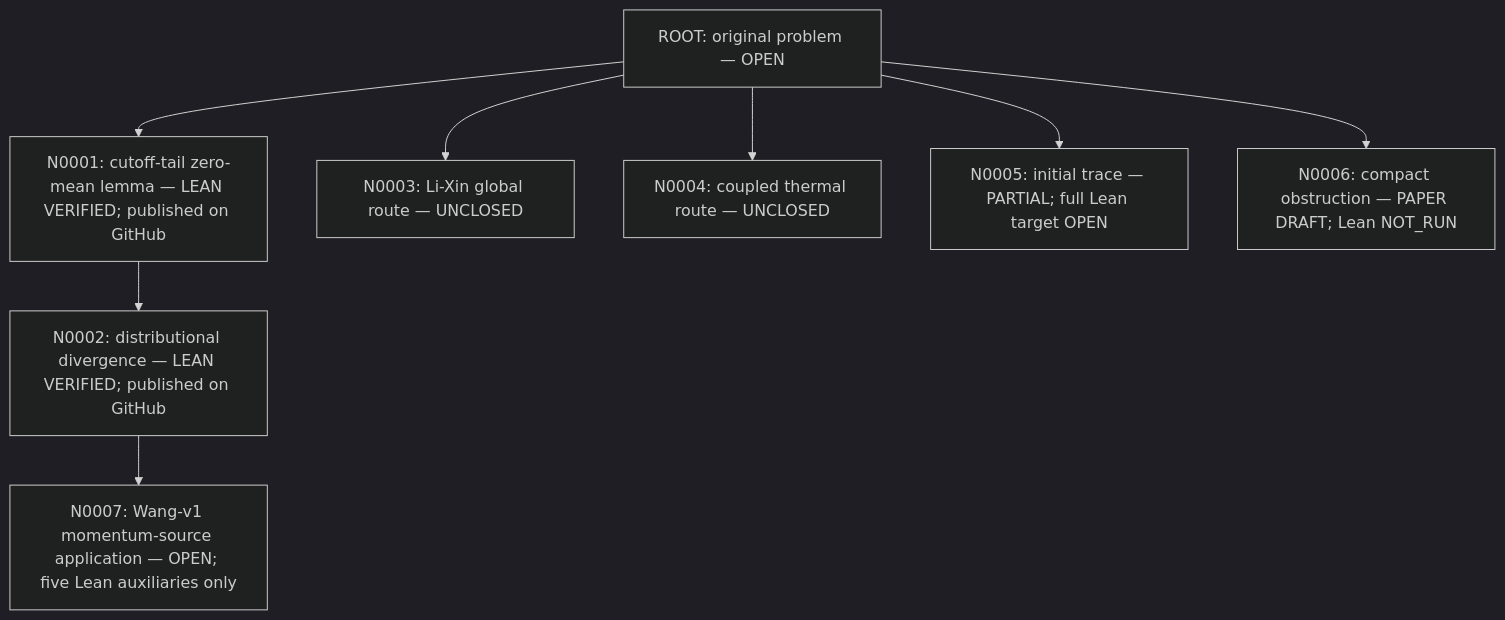
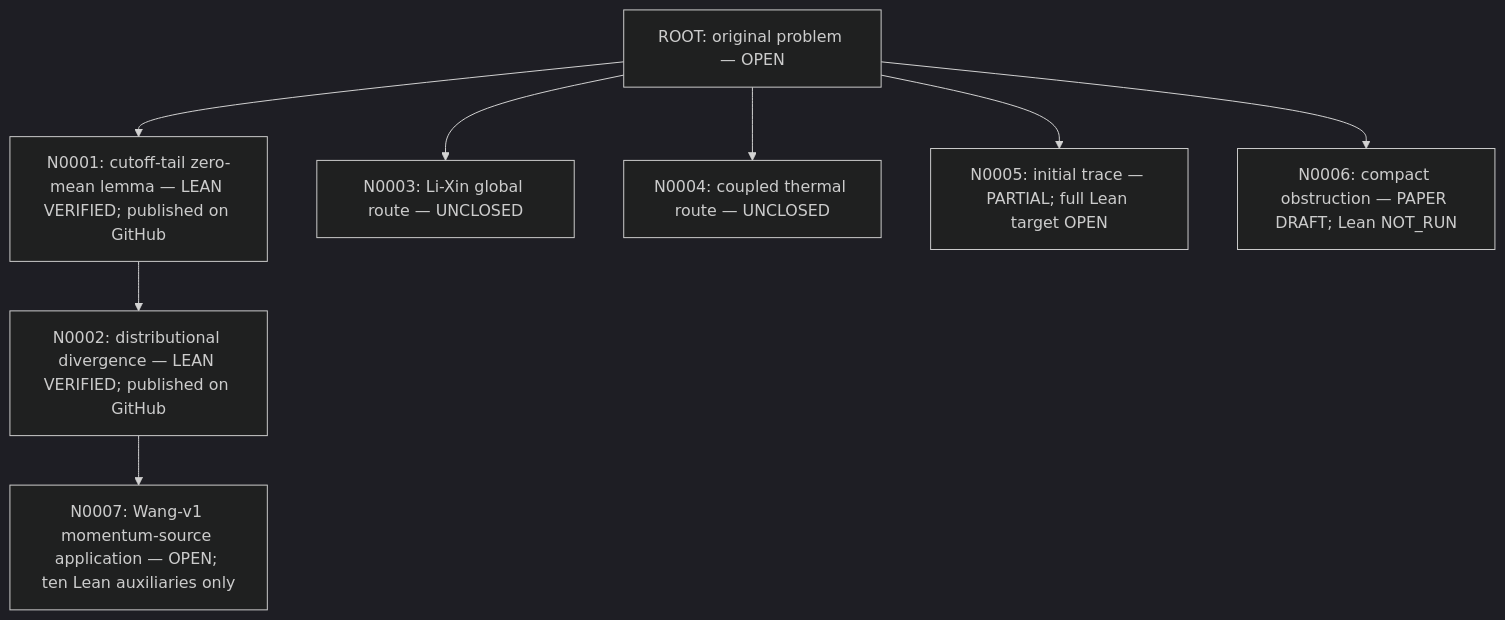
Before and after one commit to SongXin2357/xiong-fns-general-vacuum: the diagram in README.md, drawn with Mermaid (dark theme). The commit also changed 56 other files, not shown here.

Commit message:
Add N0007 Lean time-slice and stress bridges; retain open gate

````diff
--- a/README.md
+++ b/README.md
@@ -9,10 +9,10 @@
 ```mermaid
 flowchart TD
  ROOT["ROOT: original problem — OPEN"] --> N0001["N0001: cutoff-tail zero-mean lemma — LEAN VERIFIED; published on GitHub"]
  N0001 --> N0002["N0002: distributional divergence — LEAN VERIFIED; published on GitHub"]
- N0002 --> N0007["N0007: Wang-v1 momentum-source application — OPEN; five Lean auxiliaries only"]
+ N0002 --> N0007["N0007: Wang-v1 momentum-source application — OPEN; ten Lean auxiliaries only"]
  ROOT --> N0003["N0003: Li-Xin global route — UNCLOSED"]
  ROOT --> N0004["N0004: coupled thermal route — UNCLOSED"]
  ROOT --> N0005["N0005: initial trace — PARTIAL; full Lean target OPEN"]
  ROOT --> N0006["N0006: compact obstruction — PAPER DRAFT; Lean NOT_RUN"]
 ```
````
